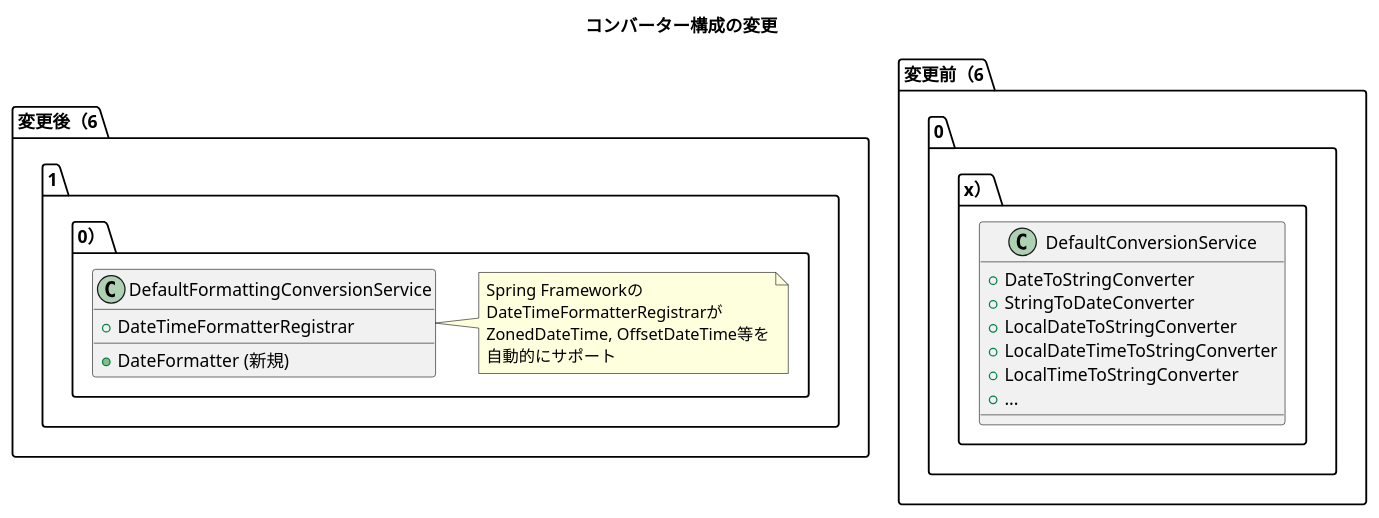
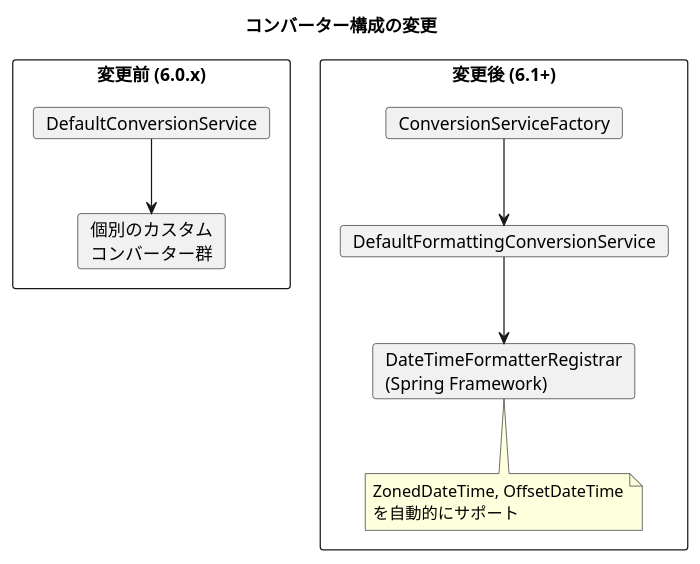
Before and after one commit to mochimoching/github_issue_translate: the second of 2 diagrams in output/spring-batch/6.0.2/all/current/markdown/issues_summary/issue_5178.md, drawn with PlantUML. The commit also changed other lines of this file and 63 other files, not shown here.

````diff
--- a/output/spring-batch/6.0.2/all/current/markdown/issues_summary/issue_5178.md
+++ b/output/spring-batch/6.0.2/all/current/markdown/issues_summary/issue_5178.md
@@ -94,31 +107,26 @@
 ```plantuml
 @startuml
 title コンバーター構成の変更
 
-package "変更前（6.0.x）" {
-    class DefaultConversionService {
-        + DateToStringConverter
-        + StringToDateConverter
-        + LocalDateToStringConverter
-        + LocalDateTimeToStringConverter
-        + LocalTimeToStringConverter
-        + ...
-    }
+rectangle "変更前 (6.0.x)" {
+  card "DefaultConversionService" as old
+  card "個別のカスタム\nコンバーター群" as custom
+  old --> custom
 }
 
-package "変更後（6.1.0）" {
-    class DefaultFormattingConversionService {
-        + DateFormatter (新規)
-        + DateTimeFormatterRegistrar
-    }
-    
-    note right of DefaultFormattingConversionService
-    Spring Frameworkの
-    DateTimeFormatterRegistrarが
-    ZonedDateTime, OffsetDateTime等を
-    自動的にサポート
-    end note
+rectangle "変更後 (6.1+)" {
+  card "DefaultFormattingConversionService" as new
+  card "DateTimeFormatterRegistrar\n(Spring Framework)" as registrar
+  card "ConversionServiceFactory" as factory
+  
+  factory --> new
+  new --> registrar
+  
+  note bottom of registrar
+    ZonedDateTime, OffsetDateTime
+    を自動的にサポート
+  end note
 }
 
 @enduml
 ```
````
